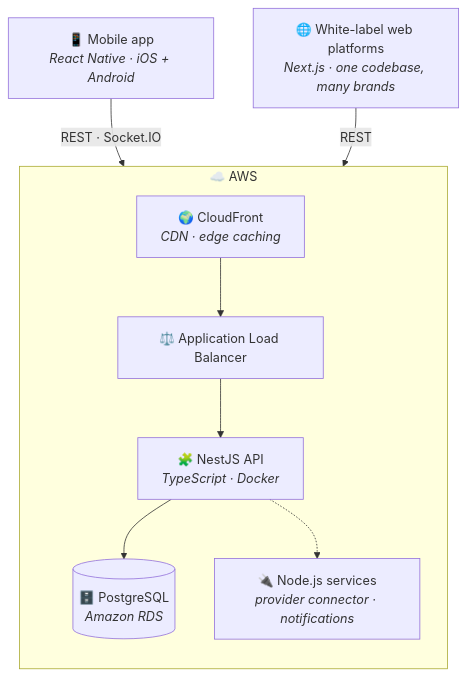
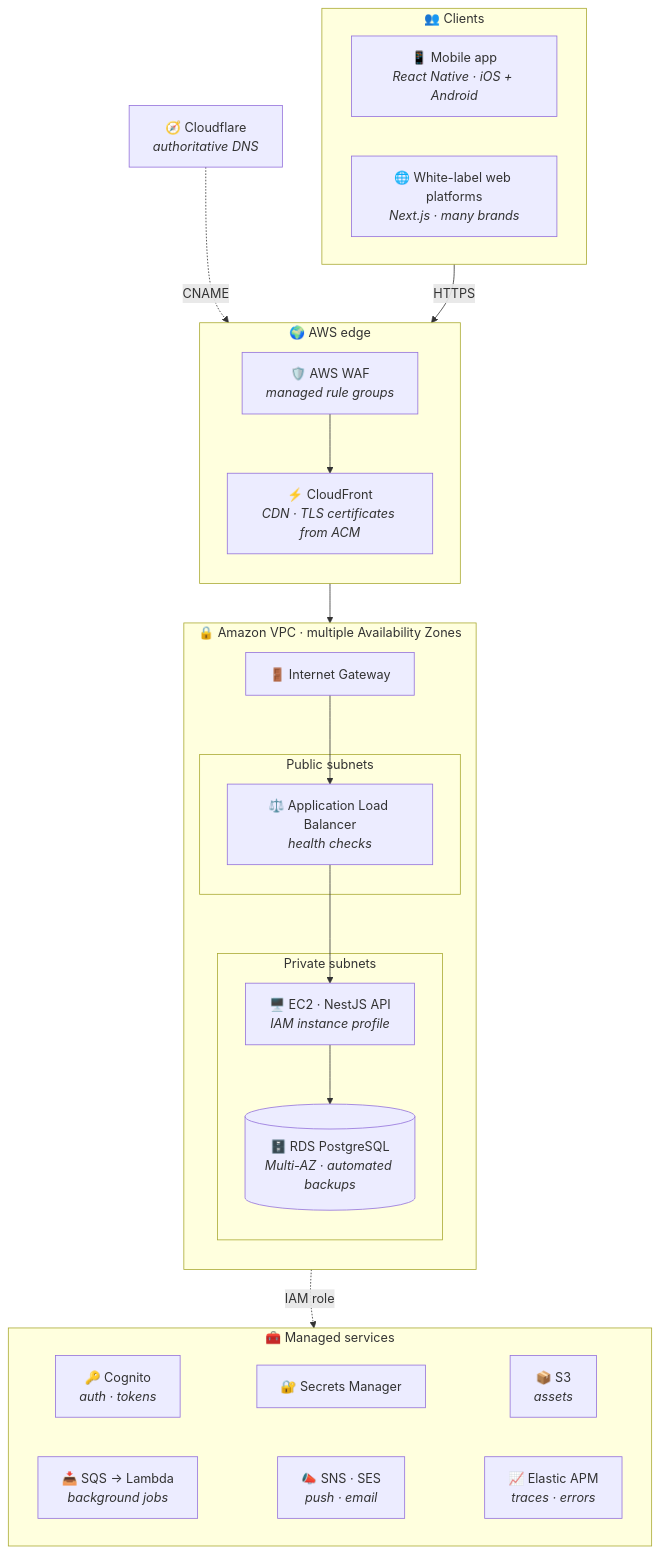
Before and after one commit to Alex90Jennings/Alex90Jennings: the first of 2 diagrams in README.md, drawn with Mermaid.

Commit message:
Show the AWS services behind the platform, without addresses or rule detail
Claude-Session: https://claude.ai/code/session_01PSx1xvJHUKF5zemzz1SZC4

````diff
--- a/README.md
+++ b/README.md
@@ -180,20 +180,41 @@
 ```mermaid
 flowchart TD
-    U["📱 Mobile app<br/><i>React Native · iOS + Android</i>"]
-    W["🌐 White-label web platforms<br/><i>Next.js · one codebase, many brands</i>"]
-    subgraph AWS ["☁️ AWS"]
-        direction TB
-        CF["🌍 CloudFront<br/><i>CDN · edge caching</i>"]
-        ALB["⚖️ Application Load Balancer"]
-        API["🧩 NestJS API<br/><i>TypeScript · Docker</i>"]
-        SVC["🔌 Node.js services<br/><i>provider connector · notifications</i>"]
-        RDS[("🗄️ PostgreSQL<br/><i>Amazon RDS</i>")]
+    subgraph CLIENTS ["👥 Clients"]
+        direction LR
+        U["📱 Mobile app<br/><i>React Native · iOS + Android</i>"]
+        W["🌐 White-label web platforms<br/><i>Next.js · many brands</i>"]
     end
 
-    U -->|"REST · Socket.IO"| CF
-    W -->|"REST"| CF
-    CF --> ALB
-    ALB --> API
-    API --> RDS
-    API -.-> SVC
+    DNS["🧭 Cloudflare<br/><i>authoritative DNS</i>"]
+
+    subgraph EDGE ["🌍 AWS edge"]
+        direction TB
+        WAF["🛡️ AWS WAF<br/><i>managed rule groups</i>"]
+        CF["⚡ CloudFront<br/><i>CDN · TLS certificates from ACM</i>"]
+        WAF --> CF
+    end
+
+    subgraph VPC ["🔒 Amazon VPC · multiple Availability Zones"]
+        direction TB
+        IGW["🚪 Internet Gateway"]
+        subgraph PUB ["Public subnets"]
+            ALB["⚖️ Application Load Balancer<br/><i>health checks</i>"]
+        end
+        subgraph PRIV ["Private subnets"]
+            EC2["🖥️ EC2 · NestJS API<br/><i>IAM instance profile</i>"]
+            RDS[("🗄️ RDS PostgreSQL<br/><i>Multi-AZ · automated backups</i>")]
+        end
+        IGW --> ALB --> EC2 --> RDS
+    end
+
+    subgraph MANAGED ["🧰 Managed services"]
+        COG["🔑 Cognito<br/><i>auth · tokens</i>"] ~~~ SM["🔐 Secrets Manager"] ~~~ S3["📦 S3<br/><i>assets</i>"]
+        Q["📥 SQS → Lambda<br/><i>background jobs</i>"] ~~~ MSG["📣 SNS · SES<br/><i>push · email</i>"] ~~~ APM["📈 Elastic APM<br/><i>traces · errors</i>"]
+    end
+
+    CLIENTS -->|"HTTPS"| WAF
+    DNS -.->|"CNAME"| CF
+    CF --> IGW
+    EC2 -.->|"IAM role"| MANAGED
+    RDS ~~~ MANAGED
 ```
````
